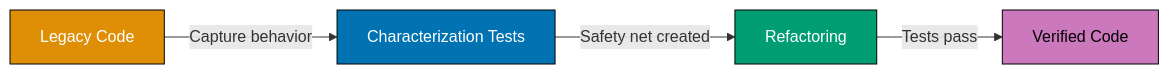
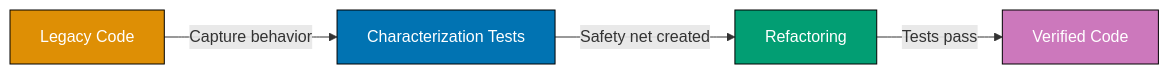
Before and after one commit to wahidyankf/open-sharia-enterprise: the diagram in apps/ayokoding-web/content/en/learn/software-engineering/development/test-driven-development-tdd/by-example/advanced.md, drawn with Mermaid. The commit also changed 61 other files, not shown here.

First line of the commit message:
fix(ayokoding-web): quote Mermaid node labels with special characters in Example 63

````diff
--- a/apps/ayokoding-web/content/en/learn/software-engineering/development/test-driven-development-tdd/by-example/advanced.md
+++ b/apps/ayokoding-web/content/en/learn/software-engineering/development/test-driven-development-tdd/by-example/advanced.md
@@ -16,17 +16,17 @@
 ```mermaid
 %% Color Palette: Blue #0173B2, Orange #DE8F05, Teal #029E73
 graph LR
     A[Legacy Code]
     B[Characterization Tests]
     C[Refactoring]
     D[Verified Code]
 
     A -->|Capture behavior| B
     B -->|Safety net created| C
     C -->|Tests pass| D
 
     style A fill:#DE8F05,stroke:#000,color:#fff
     style B fill:#0173B2,stroke:#000,color:#fff
     style C fill:#029E73,stroke:#000,color:#fff
-    style D fill:#CC78BC,stroke:#000,color:#000
+    style D fill:#CC78BC,stroke:#000,color:#fff
 ```
````
